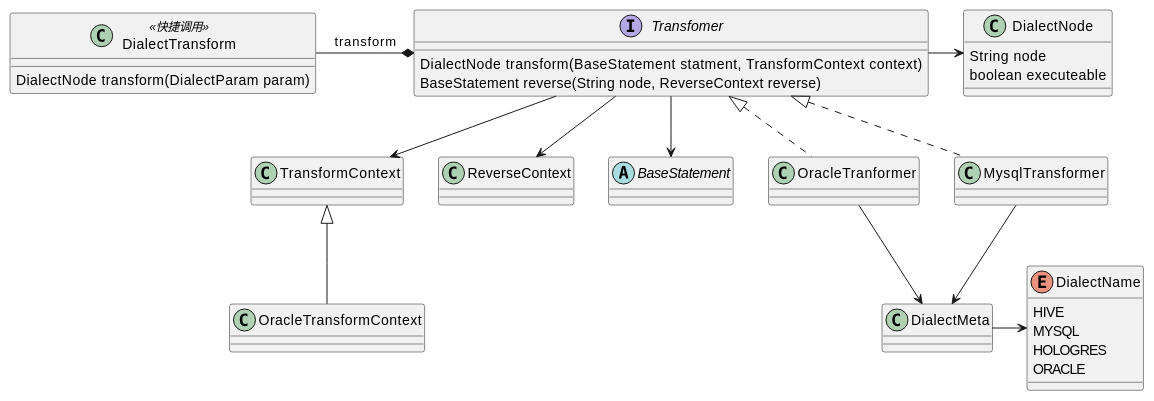
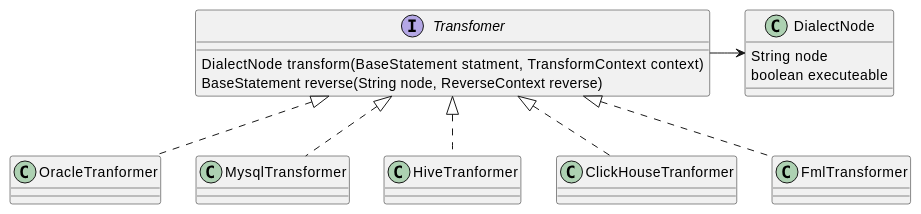
The first of 3 diagrams in docs/zh-cn/transformer/guide.md (alibaba/fast-modeling-language), drawn with PlantUML before and after one commit. The commit also changed other lines of this file and 539 other files, not shown here.

````diff
--- a/docs/zh-cn/transformer/guide.md
+++ b/docs/zh-cn/transformer/guide.md
@@ -79,46 +96,31 @@
 ```plantuml
    @startuml
 
-class TransformContext
-class ReverseContext
-class DialectMeta
+
 class DialectNode {
     String node
     boolean executeable
 }
 
-abstract class BaseStatement
 interface Transfomer {
     DialectNode transform(BaseStatement statment, TransformContext context)
     BaseStatement reverse(String node, ReverseContext reverse)
 }
-enum DialectName {
-    HIVE
-    MYSQL
-    HOLOGRES
-    ORACLE
-}
 
-class DialectTransform <<快捷调用>>{
-    DialectNode transform(DialectParam param)
-}
 
-DialectTransform -* Transfomer : transform
 
 
 Transfomer <|.. OracleTranformer
 Transfomer <|.. MysqlTransformer
+Transfomer <|.. HiveTranformer
+Transfomer <|.. ClickHouseTranformer
+Transfomer <|.. FmlTransformer
 
-TransformContext <|-- OracleTransformContext
 
-Transfomer --> BaseStatement
-DialectMeta -> DialectName
-Transfomer --> TransformContext
-Transfomer --> ReverseContext
+
+
 Transfomer -> DialectNode
 
-OracleTranformer --> DialectMeta
-MysqlTransformer --> DialectMeta
 
 @enduml
 ```
````
